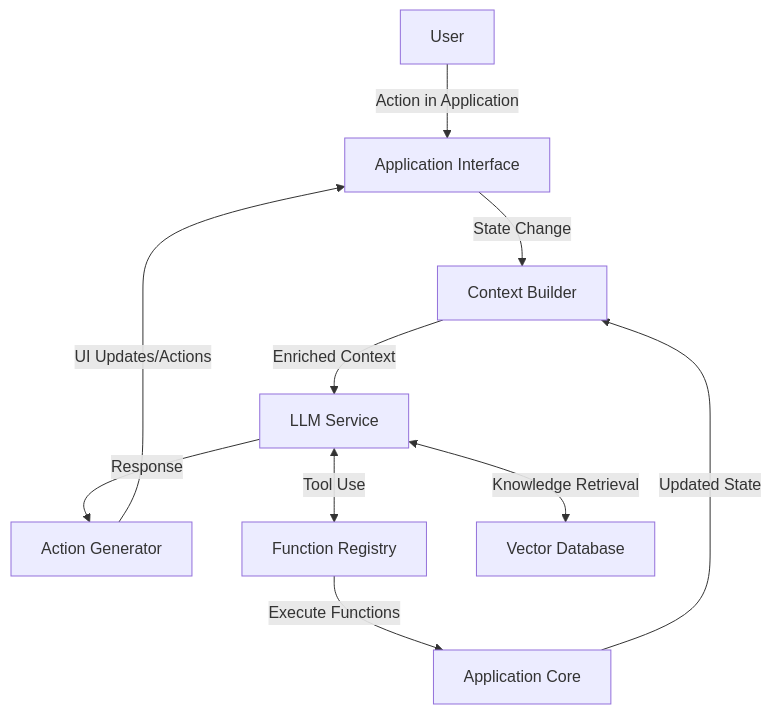
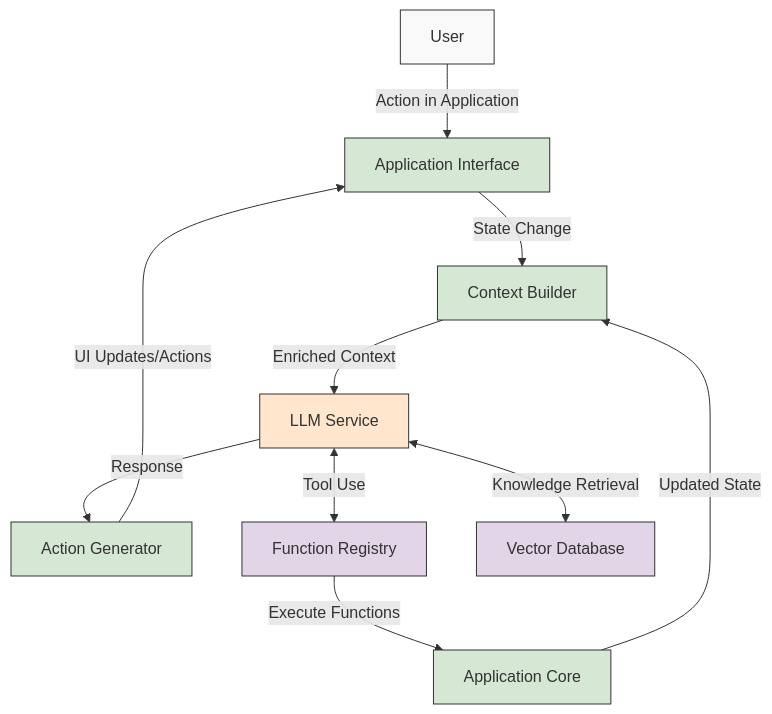
The fourth of 5 diagrams in README.md (scthornton/LLM-Architecture---Chatbots-vs-Copilots), drawn with Mermaid before and after one commit. The commit also changed other lines of this file, not shown here.

````diff
--- a/README.md
+++ b/README.md
@@ -114,12 +302,21 @@
 ```mermaid
-graph TD
+flowchart TD
     A[User] -->|Action in Application| B[Application Interface]
     B -->|State Change| C[Context Builder]
     C -->|Enriched Context| D[LLM Service]
     D -->|Response| E[Action Generator]
     E -->|UI Updates/Actions| B
     D <-->|Tool Use| F[Function Registry]
     F -->|Execute Functions| G[Application Core]
     G -->|Updated State| C
     D <-->|Knowledge Retrieval| H[Vector Database]
+    
+    style A fill:#f9f9f9,stroke:#333,stroke-width:1px
+    style B fill:#d5e8d4,stroke:#333,stroke-width:1px
+    style C fill:#d5e8d4,stroke:#333,stroke-width:1px
+    style D fill:#ffe6cc,stroke:#333,stroke-width:1px
+    style E fill:#d5e8d4,stroke:#333,stroke-width:1px
+    style F fill:#e1d5e7,stroke:#333,stroke-width:1px
+    style G fill:#d5e8d4,stroke:#333,stroke-width:1px
+    style H fill:#e1d5e7,stroke:#333,stroke-width:1px
 ```
````
